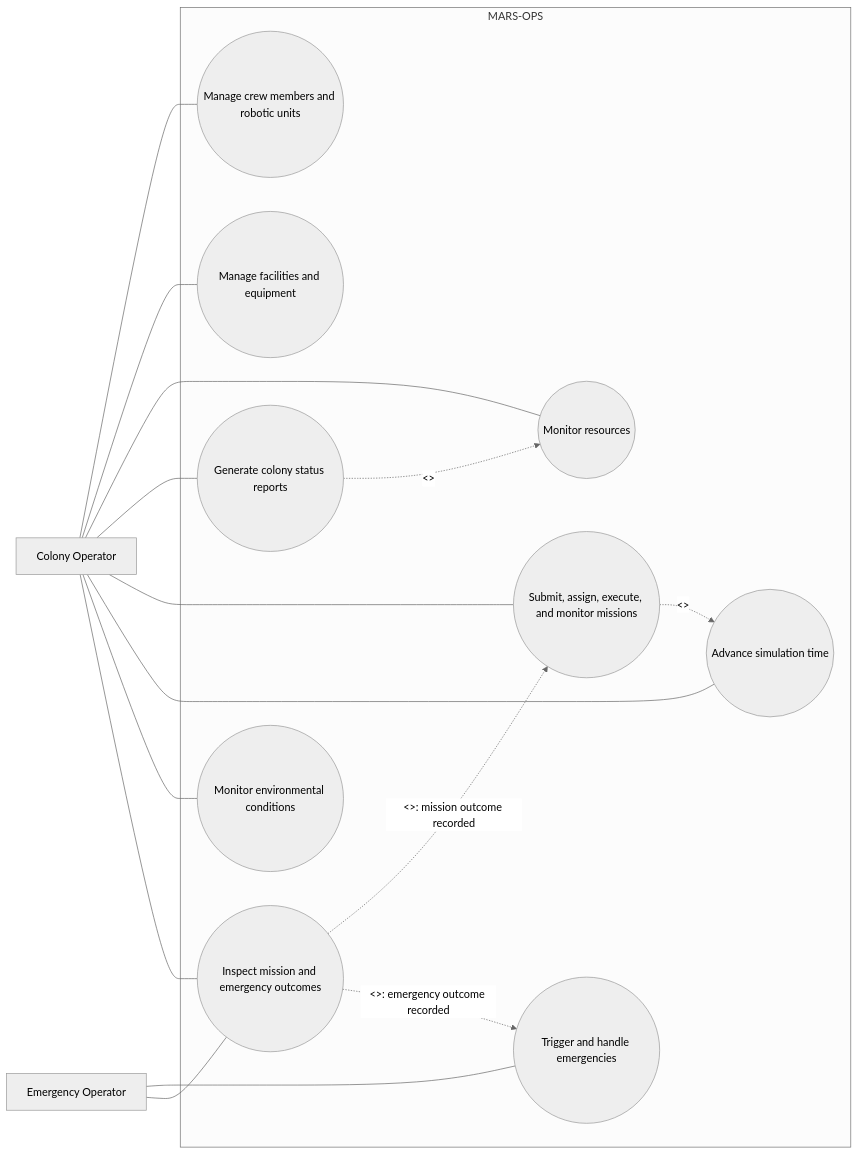
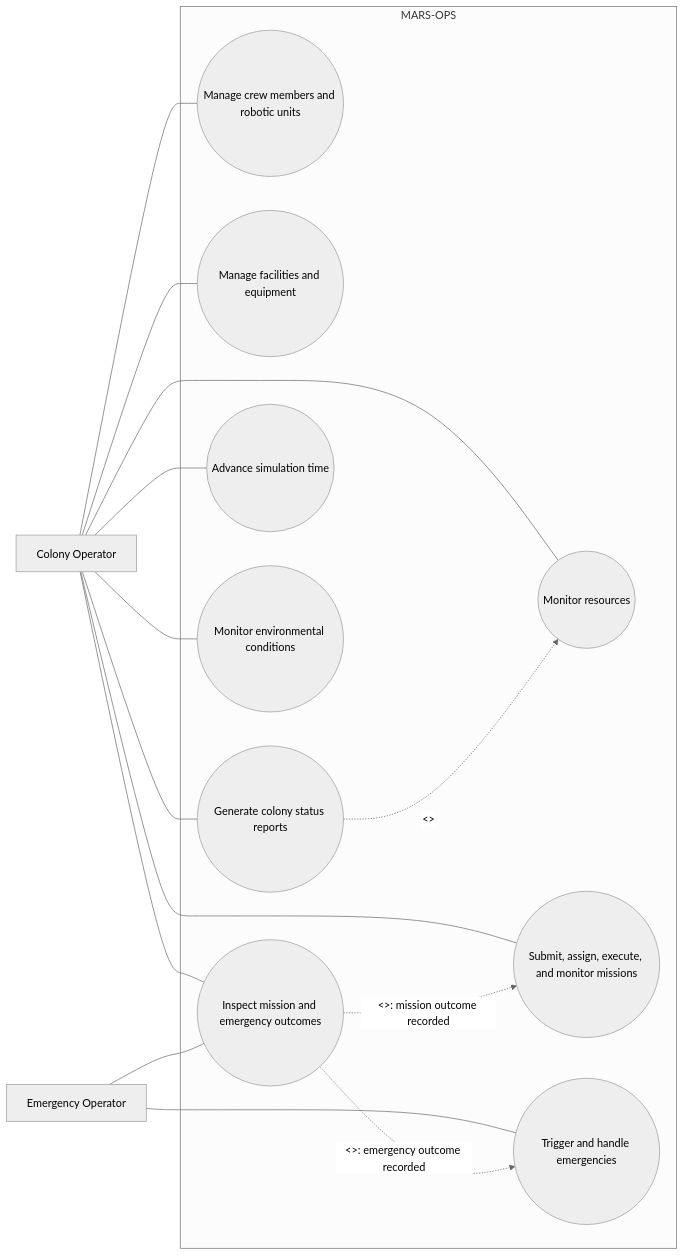
Before and after one commit to Toqa-Elsaqqa/MarsColony: the diagram in docs/use_case_diagram.md, drawn with Mermaid (neutral theme). The commit also changed other lines of this file and 67 other files, not shown here.

````diff
--- a/docs/use_case_diagram.md
+++ b/docs/use_case_diagram.md
@@ -3,30 +3,29 @@
 ```mermaid
 flowchart LR
     Operator[Colony Operator]
     EmergencyOperator[Emergency Operator]
     subgraph System[MARS-OPS]
       UC1((Manage crew members and robotic units))
       UC2((Manage facilities and equipment))
       UC3((Monitor resources))
       UC4((Generate colony status reports))
       UC5((Submit, assign, execute, and monitor missions))
       UC6((Advance simulation time))
       UC7((Monitor environmental conditions))
       UC8((Trigger and handle emergencies))
       UC9((Inspect mission and emergency outcomes))
     end
     Operator --- UC1
     Operator --- UC2
     Operator --- UC3
     Operator --- UC4
     Operator --- UC5
     Operator --- UC6
     Operator --- UC7
     Operator --- UC9
     EmergencyOperator --- UC8
     EmergencyOperator --- UC9
     UC4 -. "<<include>>" .-> UC3
-    UC5 -. "<<include>>" .-> UC6
     UC9 -. "<<extend>>: mission outcome recorded" .-> UC5
     UC9 -. "<<extend>>: emergency outcome recorded" .-> UC8
 ```
````
